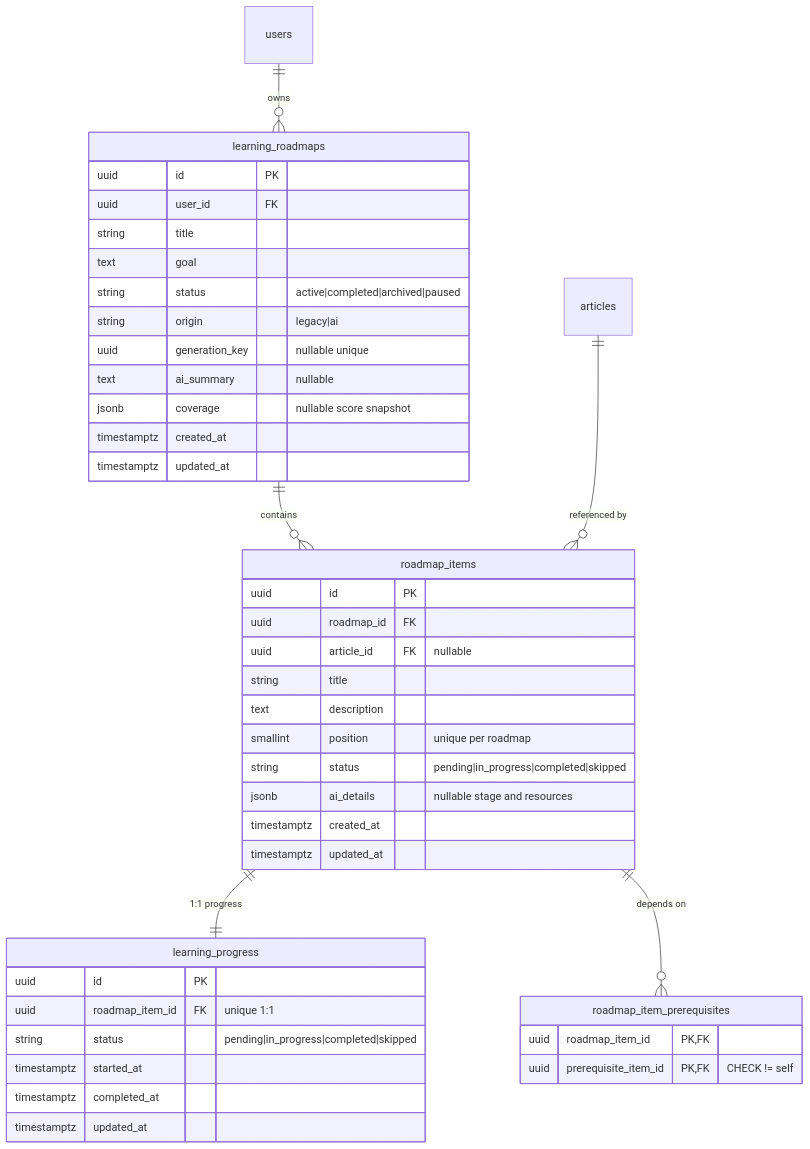
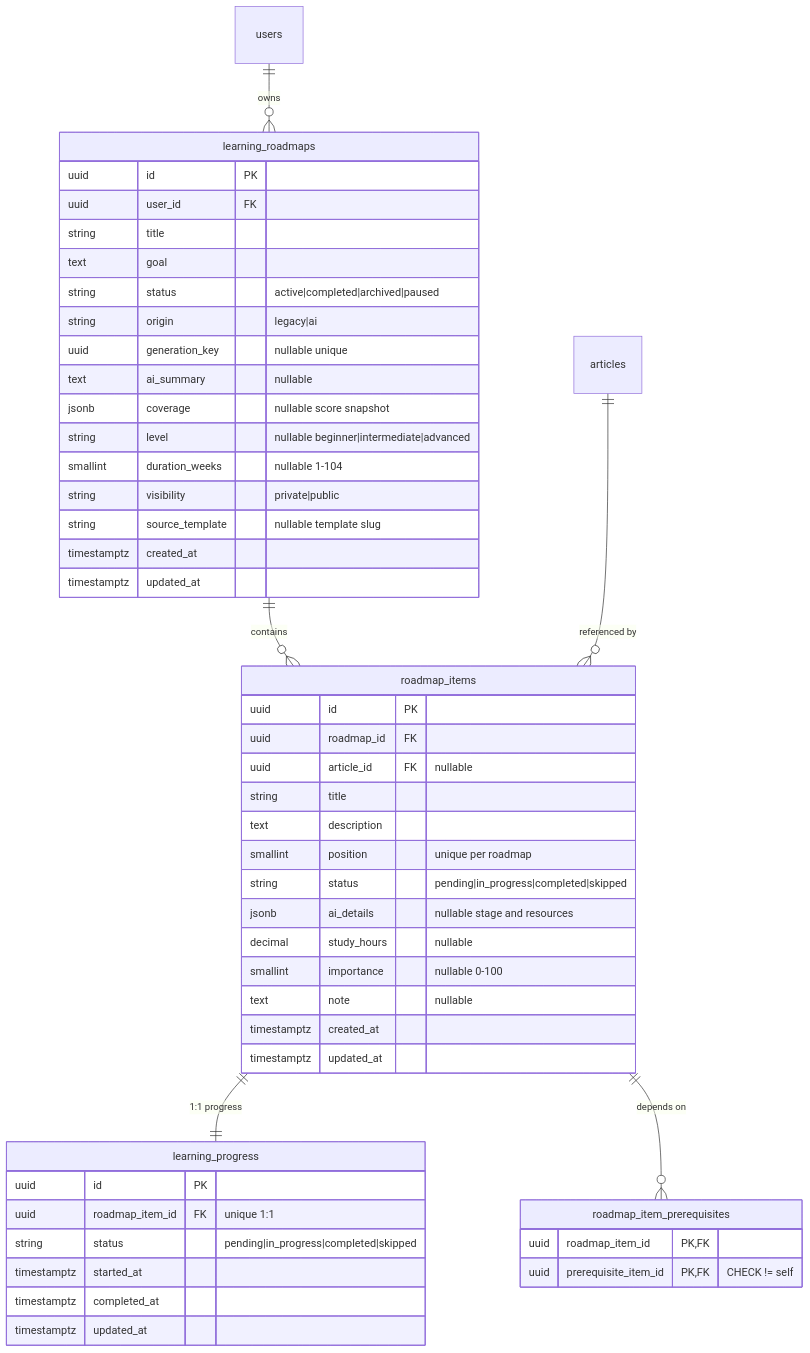
Before and after one commit to lancelotviendangkhoa710/KnowledgeHub_website: the seventh of 8 diagrams in docs/ERD.md, drawn with Mermaid. The commit also changed 14 other files, not shown here.

````diff
--- a/docs/ERD.md
+++ b/docs/ERD.md
@@ -221,45 +221,52 @@
 ```mermaid
 erDiagram
     learning_roadmaps {
         uuid id PK
         uuid user_id FK
         string title
         text goal
         string status "active|completed|archived|paused"
         string origin "legacy|ai"
         uuid generation_key "nullable unique"
         text ai_summary "nullable"
         jsonb coverage "nullable score snapshot"
+        string level "nullable beginner|intermediate|advanced"
+        smallint duration_weeks "nullable 1-104"
+        string visibility "private|public"
+        string source_template "nullable template slug"
         timestamptz created_at
         timestamptz updated_at
     }
     roadmap_items {
         uuid id PK
         uuid roadmap_id FK
         uuid article_id FK "nullable"
         string title
         text description
         smallint position "unique per roadmap"
         string status "pending|in_progress|completed|skipped"
         jsonb ai_details "nullable stage and resources"
+        decimal study_hours "nullable"
+        smallint importance "nullable 0-100"
+        text note "nullable"
         timestamptz created_at
         timestamptz updated_at
     }
     learning_progress {
         uuid id PK
         uuid roadmap_item_id FK "unique 1:1"
         string status "pending|in_progress|completed|skipped"
         timestamptz started_at
         timestamptz completed_at
         timestamptz updated_at
     }
     roadmap_item_prerequisites {
         uuid roadmap_item_id PK,FK
         uuid prerequisite_item_id PK,FK "CHECK != self"
     }
     users ||--o{ learning_roadmaps : "owns"
     learning_roadmaps ||--o{ roadmap_items : "contains"
     articles ||--o{ roadmap_items : "referenced by"
     roadmap_items ||--|| learning_progress : "1:1 progress"
     roadmap_items ||--o{ roadmap_item_prerequisites : "depends on"
 ```
````
